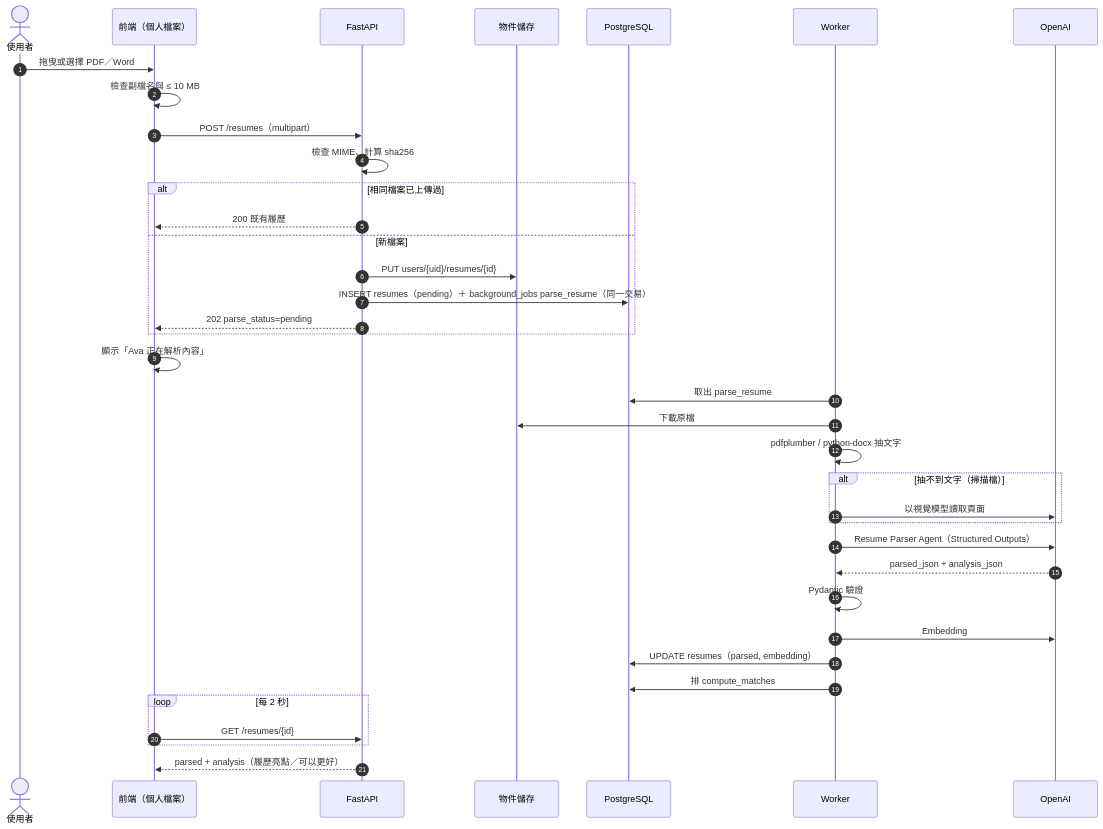
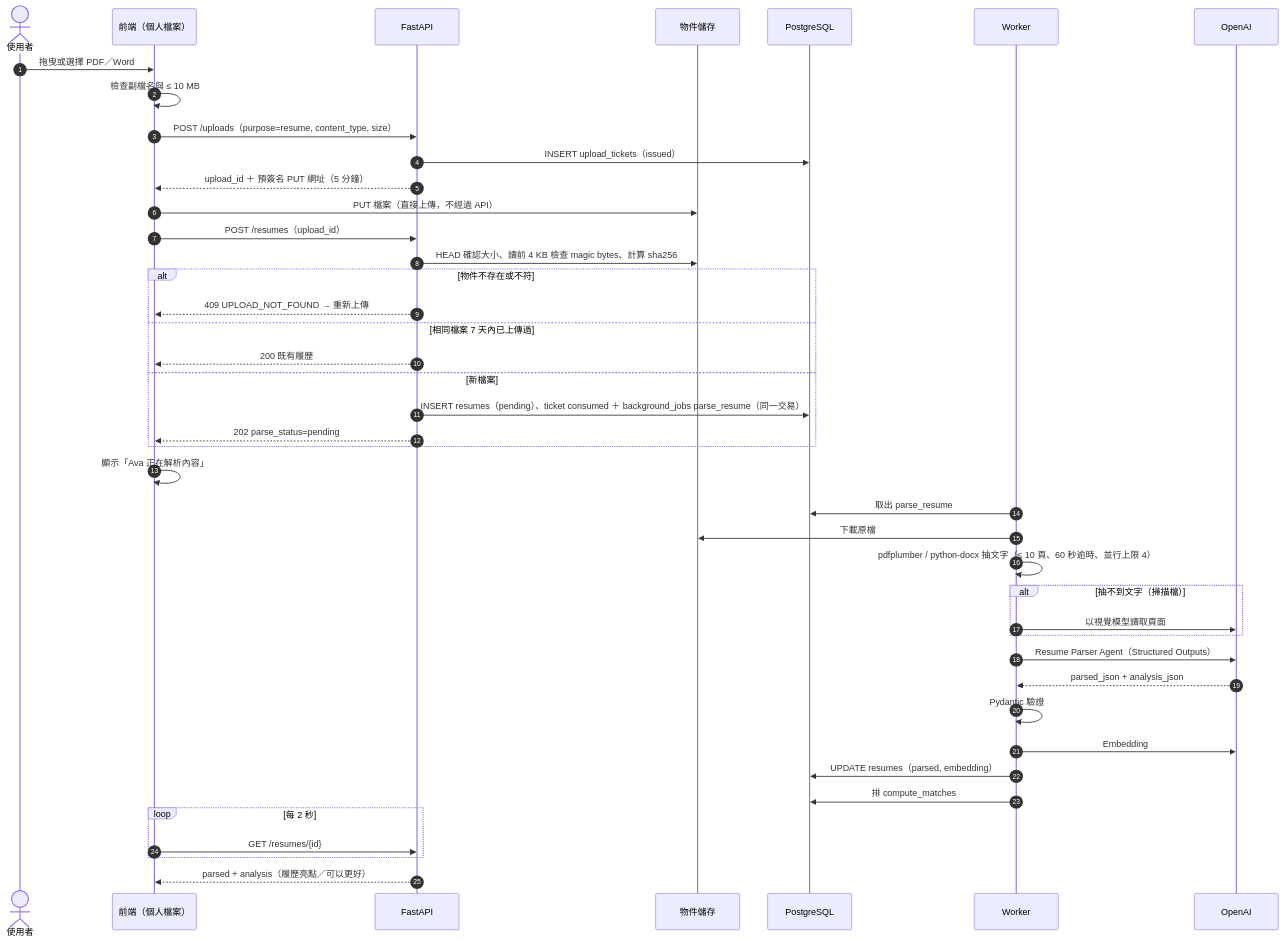
The third of 35 diagrams in spec/flows.md (WilliamTsai1227/AI_Interview), drawn with Mermaid before and after one commit. The commit also changed other lines of this file and 4 other files, not shown here.

````diff
--- a/spec/flows.md
+++ b/spec/flows.md
@@ -87,40 +90,45 @@
 ```mermaid
 sequenceDiagram
     autonumber
     actor U as 使用者
     participant FE as 前端（個人檔案）
     participant API as FastAPI
     participant OBJ as 物件儲存
     participant DB as PostgreSQL
     participant W as Worker
     participant AI as OpenAI
 
     U->>FE: 拖曳或選擇 PDF／Word
     FE->>FE: 檢查副檔名與 ≤ 10 MB
-    FE->>API: POST /resumes（multipart）
-    API->>API: 檢查 MIME、計算 sha256
-    alt 相同檔案已上傳過
+    FE->>API: POST /uploads（purpose=resume, content_type, size）
+    API->>DB: INSERT upload_tickets（issued）
+    API-->>FE: upload_id ＋ 預簽名 PUT 網址（5 分鐘）
+    FE->>OBJ: PUT 檔案（直接上傳，不經過 API）
+    FE->>API: POST /resumes（upload_id）
+    API->>OBJ: HEAD 確認大小、讀前 4 KB 檢查 magic bytes、計算 sha256
+    alt 物件不存在或不符
+        API-->>FE: 409 UPLOAD_NOT_FOUND → 重新上傳
+    else 相同檔案 7 天內已上傳過
         API-->>FE: 200 既有履歷
     else 新檔案
-        API->>OBJ: PUT users/{uid}/resumes/{id}
-        API->>DB: INSERT resumes（pending）＋ background_jobs parse_resume（同一交易）
+        API->>DB: INSERT resumes（pending）、ticket consumed ＋ background_jobs parse_resume（同一交易）
         API-->>FE: 202 parse_status=pending
     end
     FE->>FE: 顯示「Ava 正在解析內容」
     W->>DB: 取出 parse_resume
     W->>OBJ: 下載原檔
-    W->>W: pdfplumber / python-docx 抽文字
+    W->>W: pdfplumber / python-docx 抽文字（≤ 10 頁、60 秒逾時、並行上限 4）
     alt 抽不到文字（掃描檔）
         W->>AI: 以視覺模型讀取頁面
     end
     W->>AI: Resume Parser Agent（Structured Outputs）
     AI-->>W: parsed_json + analysis_json
     W->>W: Pydantic 驗證
     W->>AI: Embedding
     W->>DB: UPDATE resumes（parsed, embedding）
     W->>DB: 排 compute_matches
     loop 每 2 秒
         FE->>API: GET /resumes/{id}
     end
     API-->>FE: parsed + analysis（履歷亮點／可以更好）
 ```
````
